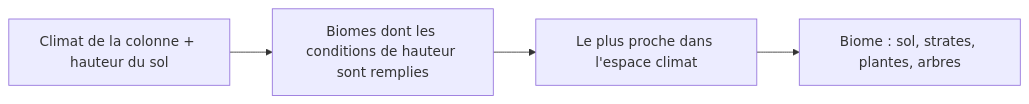
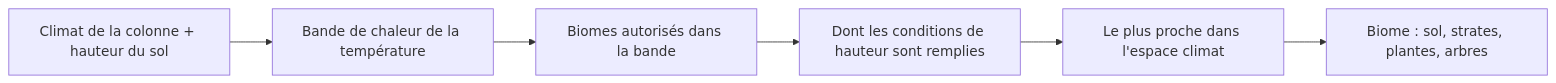
Before and after one commit to SinfulDice/strata-mundi: the diagram in docs/explications/biomes-et-vegetation.md, drawn with Mermaid. The commit also changed other lines of this file and 13 other files, not shown here.

````diff
--- a/docs/explications/biomes-et-vegetation.md
+++ b/docs/explications/biomes-et-vegetation.md
@@ -23,6 +43,8 @@
 ```mermaid
 graph LR
-    C[Climat de la colonne + hauteur du sol] --> F[Biomes dont les conditions de hauteur sont remplies]
+    C[Climat de la colonne + hauteur du sol] --> H[Bande de chaleur de la température]
+    H --> A[Biomes autorisés dans la bande]
+    A --> F[Dont les conditions de hauteur sont remplies]
     F --> P[Le plus proche dans l'espace climat]
     P --> B[Biome : sol, strates, plantes, arbres]
 ```
````
